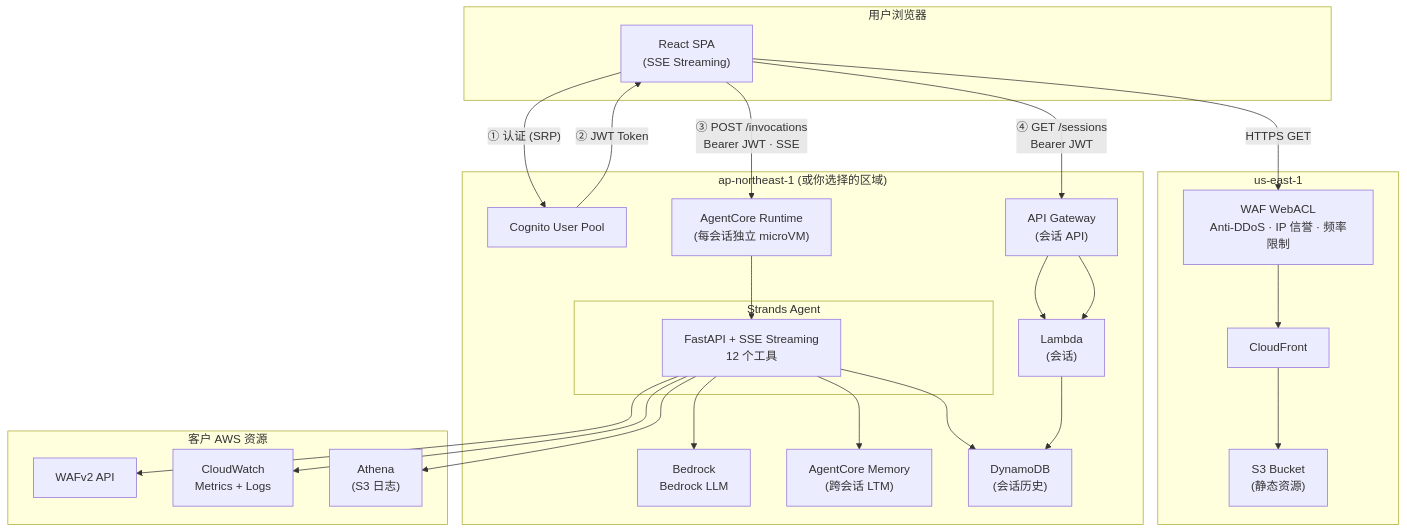
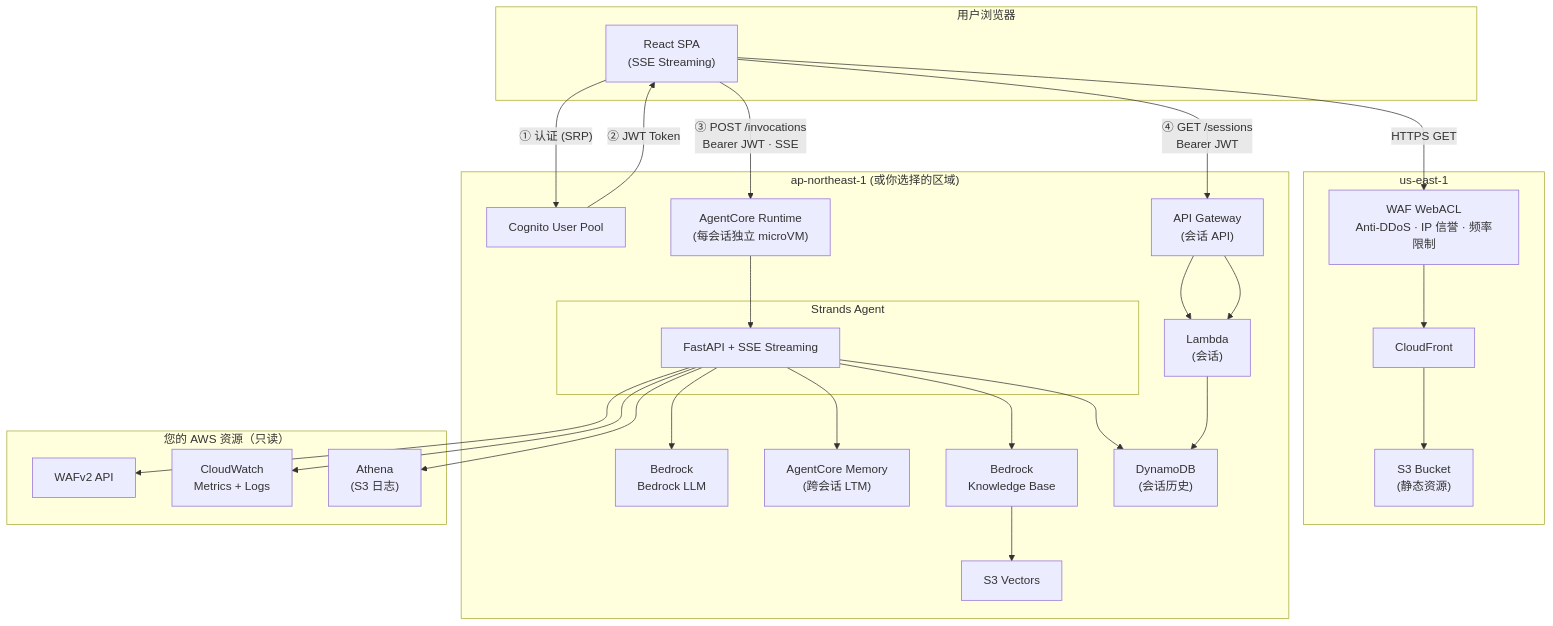
One commit to aws-samples/sample-building-a-conversational-ai-agent-for-aws-waf-analysis-with-agentcore changed the diagram in README_zh.md. Above: the diagram before and after it, drawn with Mermaid. The commit also changed 7 other files, not shown here.

````diff
--- a/README_zh.md
+++ b/README_zh.md
@@ -54,47 +54,51 @@
 ```mermaid
 graph TB
     subgraph User["用户浏览器"]
         SPA["React SPA<br/>(SSE Streaming)"]
     end
 
     subgraph CF["us-east-1"]
         CloudFront["CloudFront"]
         WAF_FE["WAF WebACL<br/>Anti-DDoS · IP 信誉 · 频率限制"]
         S3["S3 Bucket<br/>(静态资源)"]
     end
 
     subgraph Backend["ap-northeast-1 (或你选择的区域)"]
         Cognito["Cognito User Pool"]
         AC["AgentCore Runtime<br/>(每会话独立 microVM)"]
         subgraph Agent["Strands Agent"]
-            FastAPI["FastAPI + SSE Streaming<br/>12 个工具"]
+            FastAPI["FastAPI + SSE Streaming"]
         end
         Bedrock["Bedrock<br/>Bedrock LLM"]
         Memory["AgentCore Memory<br/>(跨会话 LTM)"]
+        KB["Bedrock<br/>Knowledge Base"]
+        S3Vec["S3 Vectors"]
         DDB["DynamoDB<br/>(会话历史)"]
         APIGW["API Gateway<br/>(会话 API)"]
         Lambda["Lambda<br/>(会话)"]
     end
 
-    subgraph AWS["客户 AWS 资源"]
+    subgraph AWS["您的 AWS 资源（只读）"]
         WAFv2["WAFv2 API"]
         CW["CloudWatch<br/>Metrics + Logs"]
         Athena["Athena<br/>(S3 日志)"]
     end
 
     SPA -->|"HTTPS GET"| WAF_FE
     WAF_FE --> CloudFront --> S3
     SPA -->|"① 认证 (SRP)"| Cognito
     Cognito -->|"② JWT Token"| SPA
     SPA -->|"③ POST /invocations<br/>Bearer JWT · SSE"| AC
     SPA -->|"④ GET /sessions<br/>Bearer JWT"| APIGW
     APIGW --> Lambda
     AC --> FastAPI
     FastAPI --> Bedrock
     FastAPI --> Memory
+    FastAPI --> KB
+    KB --> S3Vec
     FastAPI --> DDB
     APIGW --> Lambda --> DDB
     FastAPI --> WAFv2
     FastAPI --> CW
     FastAPI --> Athena
 ```
````
